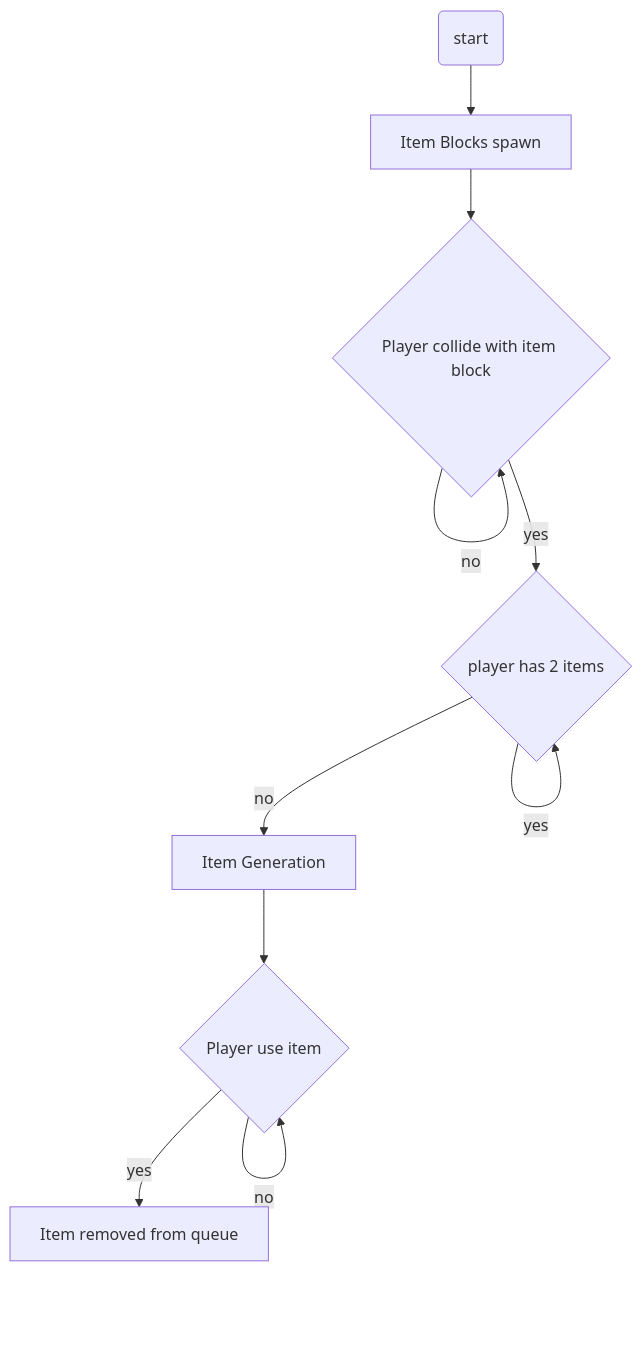
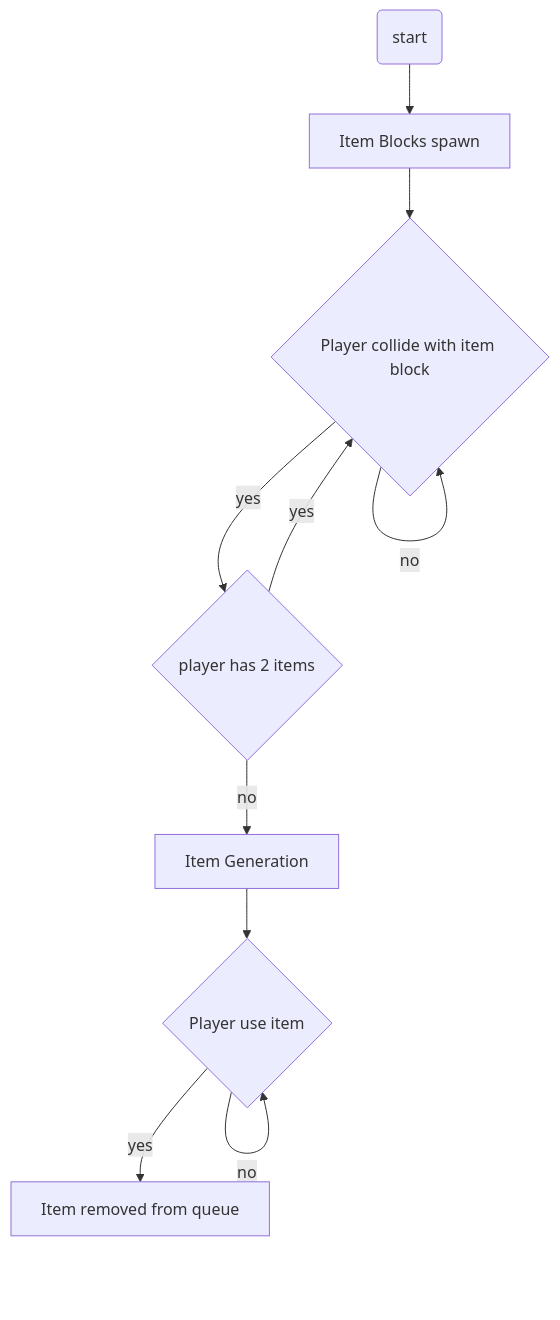
Before and after one commit to ConnorMCHARRY/SpaceInvaders: the diagram in logic.md, drawn with Mermaid.

````diff
--- a/logic.md
+++ b/logic.md
@@ -3,14 +3,14 @@
 ```mermaid
 flowchart TD
 start(start) -->
 processA[Item Blocks spawn] -->
 decisionA{Player collide with item block}
 decisionA -- no --> decisionA
 decisionA -- yes --> decisionB{player has 2 items}
-decisionB -- yes --> decisionB
+decisionB -- yes --> decisionA
 decisionB -- no --> OutputA
 OutputA[Item Generation]
 OutputA --> decisionC{Player use item}
 decisionC -- no --> decisionC
 decisionC -- yes --> outputB[Item removed from queue]
 ```
````
